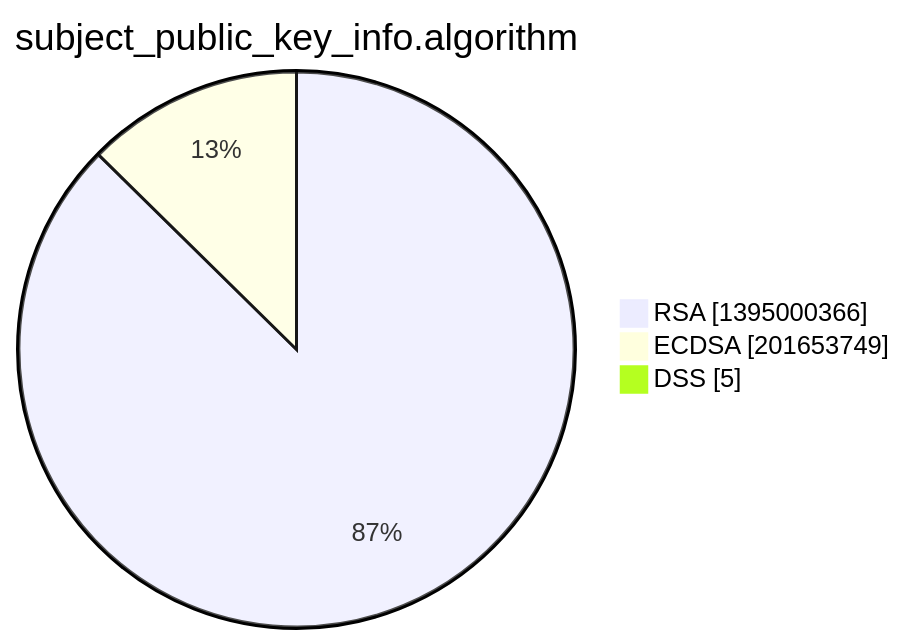
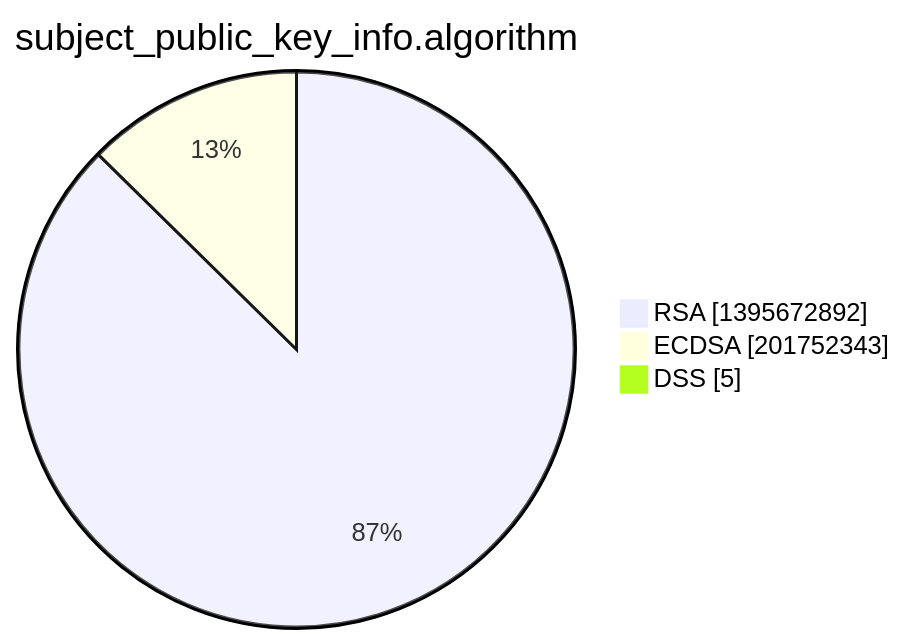
Before and after one commit to christiankrug/ctmonitor_visualization: the third of 15 diagrams in xenon2022/README.md, drawn with Mermaid. The commit also changed other lines of this file, not shown here.

````diff
--- a/xenon2022/README.md
+++ b/xenon2022/README.md
@@ -14,7 +14,7 @@
 ```mermaid
 pie showData
 title subject_public_key_info.algorithm
-"RSA" :1395000366
-"ECDSA" :201653749
+"RSA" :1395672892
+"ECDSA" :201752343
 "DSS" :5
 ```
````
